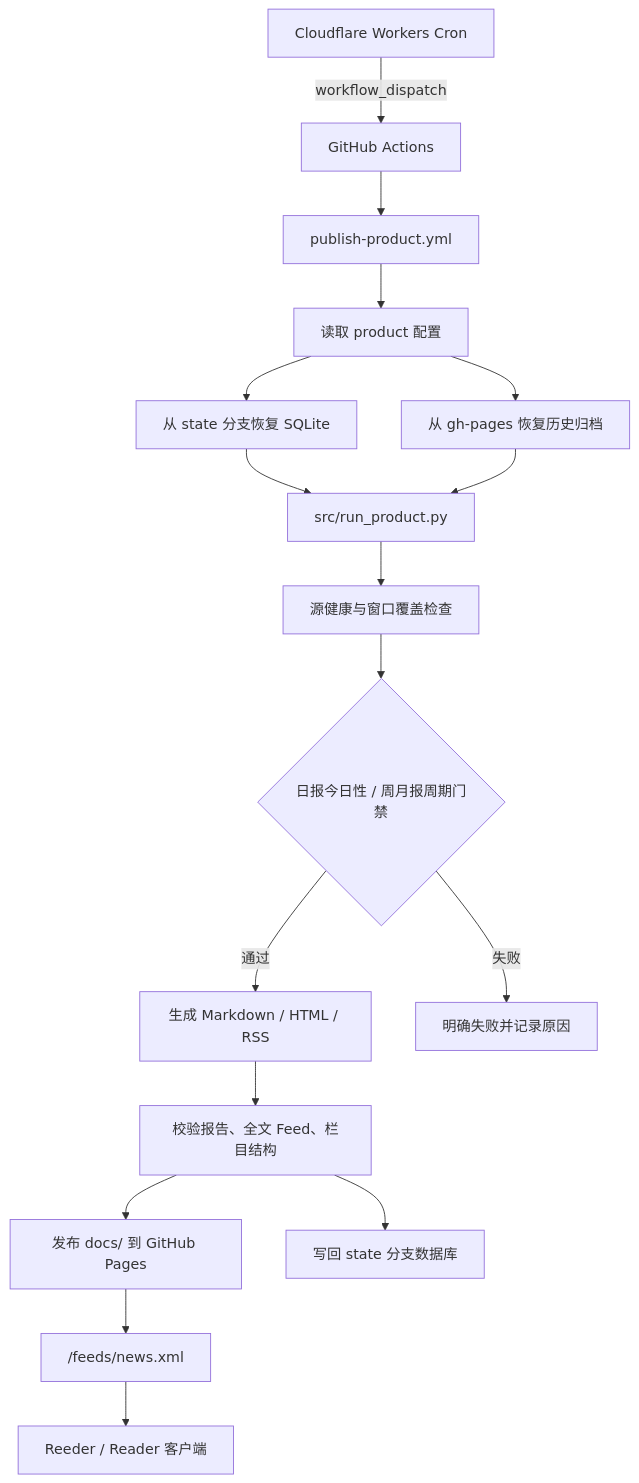
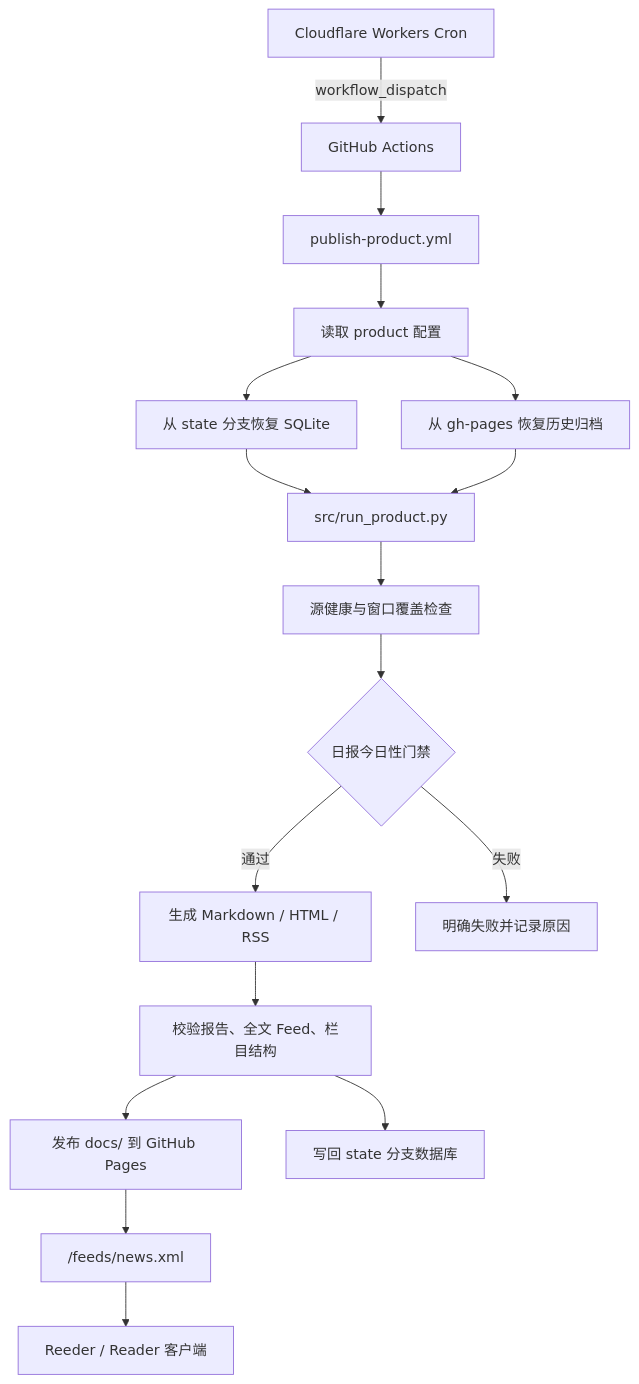
The diagram in README.md (ZhangEx18/us_politics_news), drawn with Mermaid before and after one commit. The commit also changed other lines of this file and 7 other files, not shown here.

Commit message:
fix: switch news publishing to bigmodel daily flow

````diff
--- a/README.md
+++ b/README.md
@@ -53,19 +52,19 @@
 ```mermaid
 flowchart TD
     CF["Cloudflare Workers Cron"] -->|workflow_dispatch| GH["GitHub Actions"]
     GH --> PP["publish-product.yml"]
     PP --> CFG["读取 product 配置"]
     CFG --> DB["从 state 分支恢复 SQLite"]
     CFG --> PAGES["从 gh-pages 恢复历史归档"]
     DB --> RUN["src/run_product.py"]
     PAGES --> RUN
     RUN --> HEALTH["源健康与窗口覆盖检查"]
-    HEALTH --> GATE{"日报今日性 / 周月报周期门禁"}
+    HEALTH --> GATE{"日报今日性门禁"}
     GATE -->|通过| OUT["生成 Markdown / HTML / RSS"]
     GATE -->|失败| FAIL["明确失败并记录原因"]
     OUT --> CHECK["校验报告、全文 Feed、栏目结构"]
     CHECK --> DEPLOY["发布 docs/ 到 GitHub Pages"]
     CHECK --> STATE["写回 state 分支数据库"]
     DEPLOY --> RSS["/feeds/news.xml"]
     RSS --> READER["Reeder / Reader 客户端"]
 ```
````
